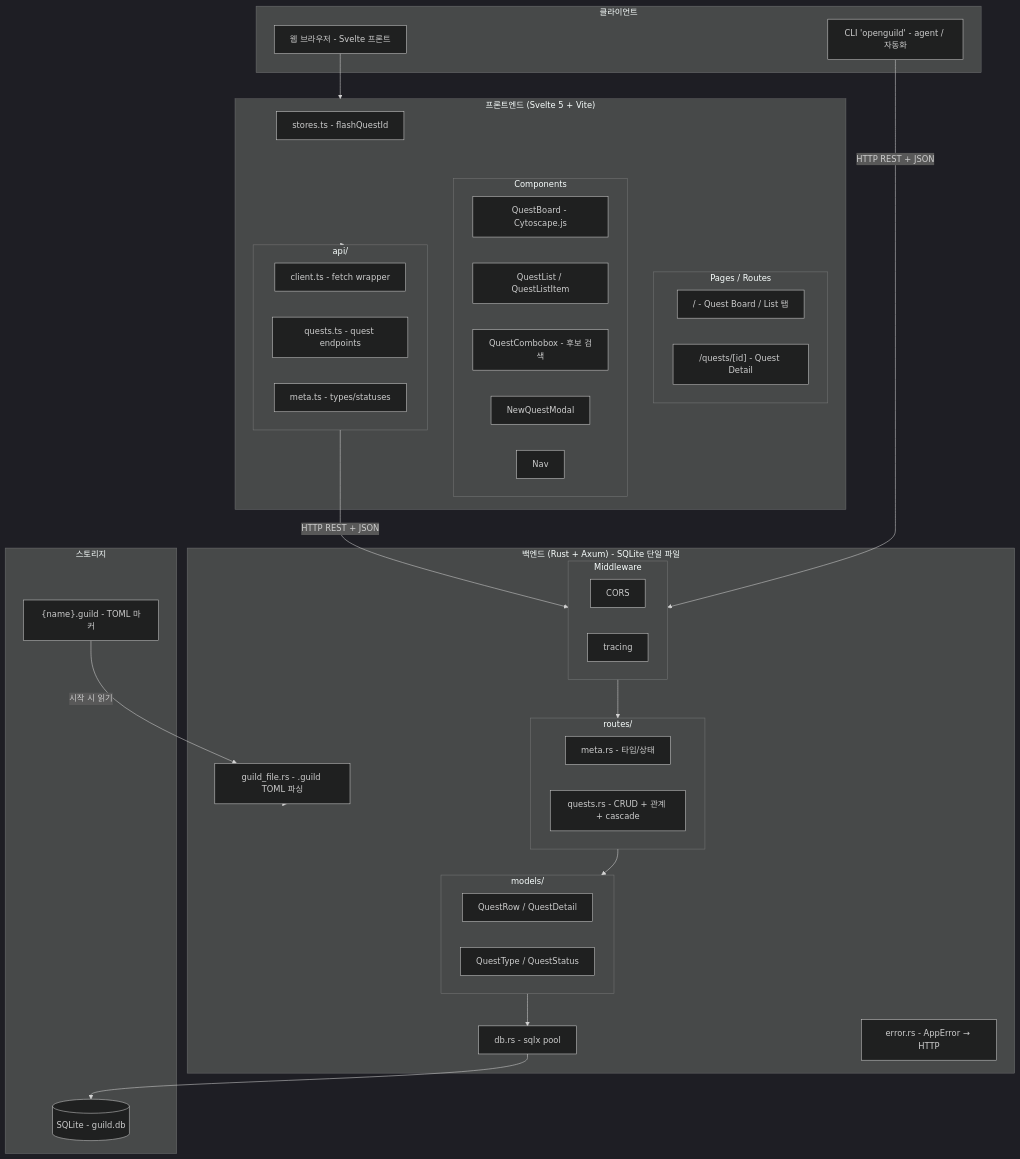
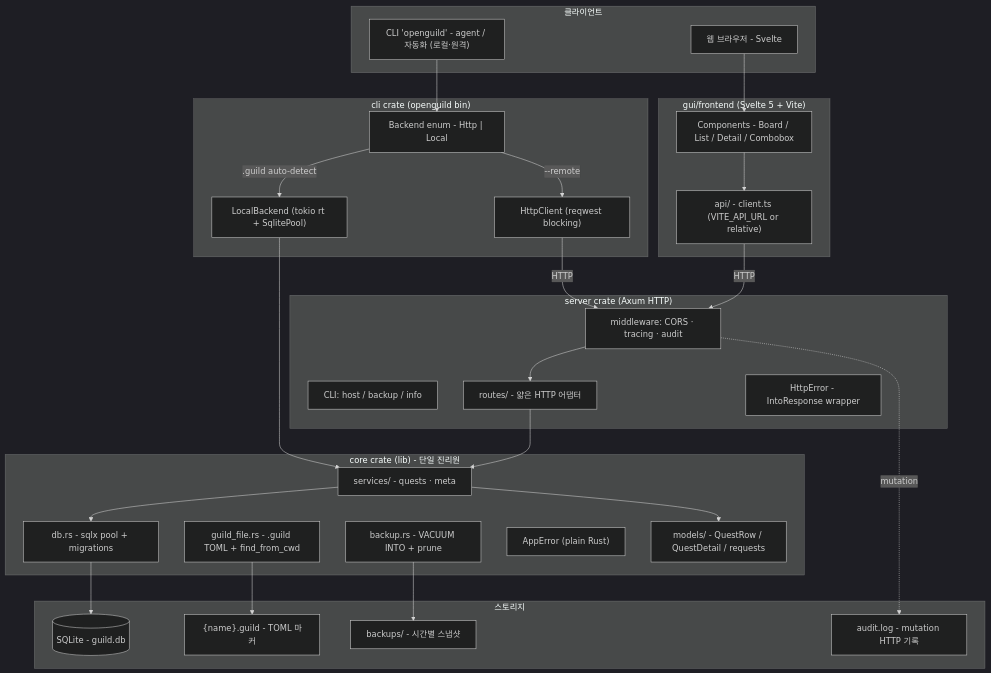
The diagram in docs/architecture.md (Jirung-E/openguild), drawn with Mermaid (dark theme) before and after one commit. The commit also changed other lines of this file and 27 other files, not shown here.

First line of the commit message:
refactor: services 추출 + CLI 로컬 모드 + server 관리 CLI

````diff
--- a/docs/architecture.md
+++ b/docs/architecture.md
@@ -5,61 +5,54 @@
 ```mermaid
 graph TB
     subgraph Clients["클라이언트"]
-        WEB[웹 브라우저 - Svelte 프론트]
-        CLI[CLI 'openguild' - agent / 자동화]
+        WEB[웹 브라우저 - Svelte]
+        CLI["CLI 'openguild' - agent / 자동화 (로컬·원격)"]
     end
 
-    subgraph Frontend["프론트엔드 (Svelte 5 + Vite)"]
-        subgraph Pages["Pages / Routes"]
-            P1["/  - Quest Board / List 탭"]
-            P2["/quests/[id] - Quest Detail"]
-        end
-        subgraph Components["Components"]
-            C1[QuestBoard - Cytoscape.js]
-            C2[QuestList / QuestListItem]
-            C3[QuestCombobox - 후보 검색]
-            C4[NewQuestModal]
-            C5[Nav]
-        end
-        subgraph ApiLayer["api/"]
-            A1[client.ts - fetch wrapper]
-            A2[quests.ts - quest endpoints]
-            A3[meta.ts - types/statuses]
-        end
-        STORES[stores.ts - flashQuestId]
+    subgraph Frontend["gui/frontend (Svelte 5 + Vite)"]
+        FE_COMP[Components - Board / List / Detail / Combobox]
+        FE_API["api/ - client.ts (VITE_API_URL or relative)"]
     end
 
-    subgraph Backend["백엔드 (Rust + Axum) - SQLite 단일 파일"]
-        subgraph Middleware["Middleware"]
-            MW1[CORS]
-            MW2[tracing]
-        end
-        subgraph Routes["routes/"]
-            R1[meta.rs - 타입/상태]
-            R2["quests.rs - CRUD + 관계 + cascade"]
-        end
-        subgraph Models["models/"]
-            M1[QuestRow / QuestDetail]
-            M2[QuestType / QuestStatus]
-        end
-        DB_LAYER[db.rs - sqlx pool]
-        GUILD[guild_file.rs - .guild TOML 파싱]
-        ERR[error.rs - AppError → HTTP]
+    subgraph Server["server crate (Axum HTTP)"]
+        SRV_CLI["CLI: host / backup / info"]
+        SRV_ROUTES["routes/ - 얇은 HTTP 어댑터"]
+        SRV_MW["middleware: CORS · tracing · audit"]
+        SRV_ERR["HttpError - IntoResponse wrapper"]
+    end
+
+    subgraph CliCrate["cli crate (openguild bin)"]
+        CLI_BACKEND["Backend enum - Http | Local"]
+        CLI_HTTP["HttpClient (reqwest blocking)"]
+        CLI_LOCAL["LocalBackend (tokio rt + SqlitePool)"]
+    end
+
+    subgraph Core["core crate (lib) - 단일 진리원"]
+        CORE_SVC["services/ - quests · meta"]
+        CORE_DB["db.rs - sqlx pool + migrations"]
+        CORE_GUILD["guild_file.rs - .guild TOML + find_from_cwd"]
+        CORE_BACKUP["backup.rs - VACUUM INTO + prune"]
+        CORE_ERR["AppError (plain Rust)"]
+        CORE_MODELS["models/ - QuestRow / QuestDetail / requests"]
     end
 
     subgraph Storage["스토리지"]
         DB[(SQLite - guild.db)]
         GF["{name}.guild - TOML 마커"]
+        BAK["backups/ - 시간별 스냅샷"]
+        AUDIT["audit.log - mutation HTTP 기록"]
     end
 
-    WEB --> Frontend
-    Frontend --> ApiLayer
-    ApiLayer -->|HTTP REST + JSON| Middleware
-    CLI -->|HTTP REST + JSON| Middleware
-    Middleware --> Routes
-    Routes --> Models
-    Models --> DB_LAYER
-    DB_LAYER --> DB
-    GF -->|시작 시 읽기| GUILD
-    GUILD --> Backend
+    WEB --> FE_COMP --> FE_API
+    FE_API -->|HTTP| SRV_MW
+    CLI --> CLI_BACKEND
+    CLI_BACKEND -->|--remote| CLI_HTTP -->|HTTP| SRV_MW
+    CLI_BACKEND -->|.guild auto-detect| CLI_LOCAL
+    SRV_MW --> SRV_ROUTES --> CORE_SVC
+    CLI_LOCAL --> CORE_SVC
+    CORE_SVC --> CORE_MODELS
+    CORE_SVC --> CORE_DB --> DB
+    CORE_GUILD --> GF
+    CORE_BACKUP --> BAK
+    SRV_MW -.->|mutation| AUDIT
 ```
````
